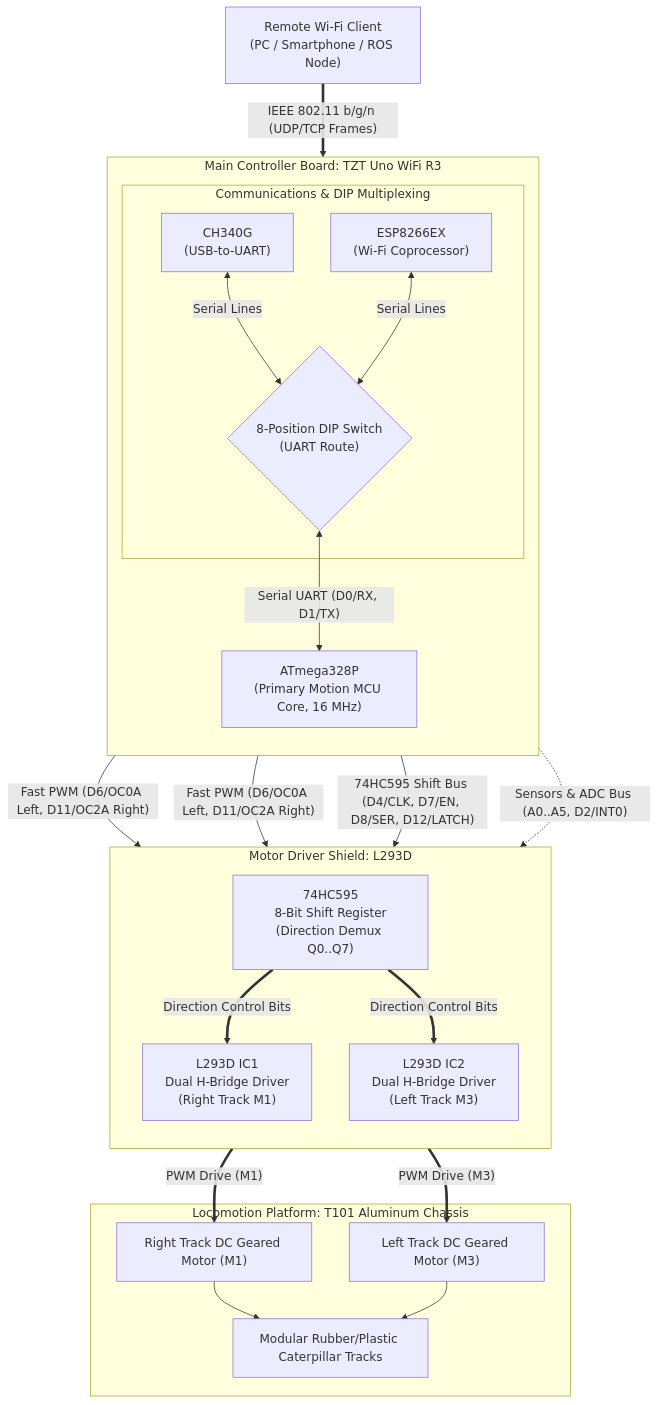
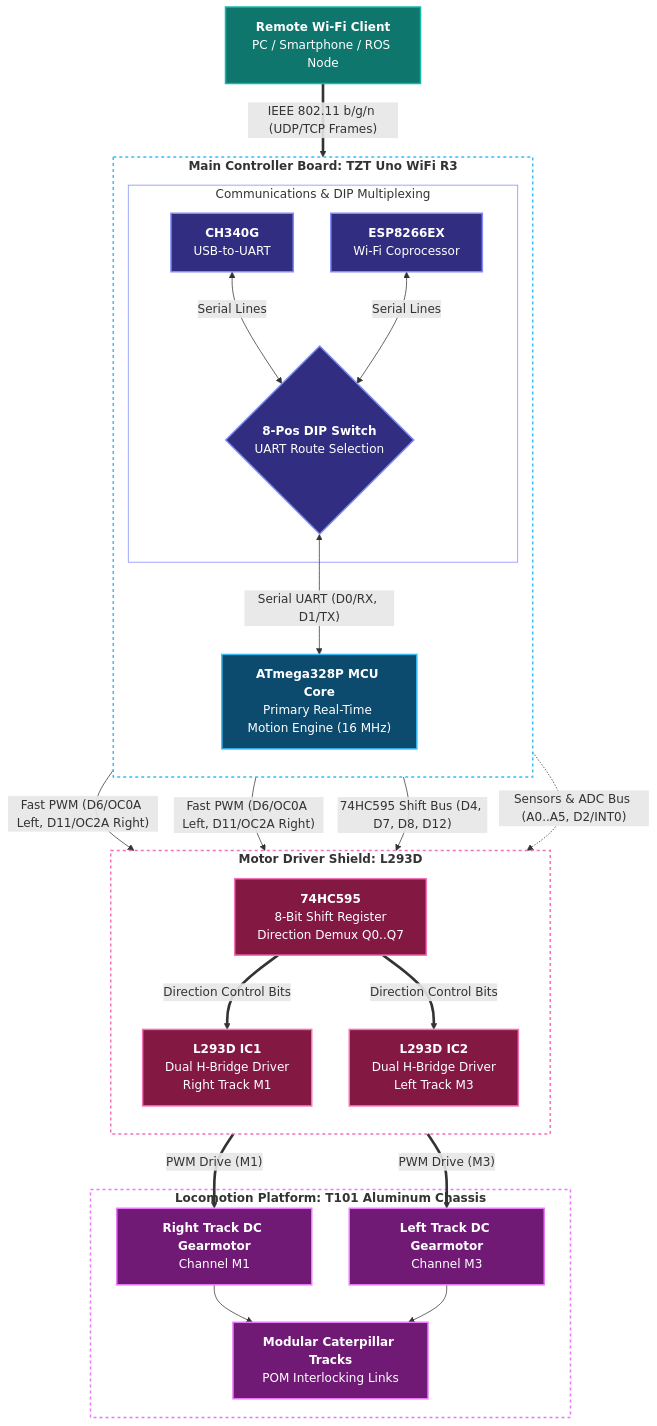
Before and after one commit to dof2bot/trackedbot: the diagram in hw/README.md, drawn with Mermaid. The commit also changed 8 other files, not shown here.

````diff
--- a/hw/README.md
+++ b/hw/README.md
@@ -22,48 +22,65 @@
 ```mermaid
 flowchart TD
-    CLIENT["Remote Wi-Fi Client<br/>(PC / Smartphone / ROS Node)"]
+    CLIENT["<b>Remote Wi-Fi Client</b><br/>PC / Smartphone / ROS Node"]
 
-    subgraph MainBoard ["Main Controller Board: TZT Uno WiFi R3"]
+    subgraph MainBoard ["<b>Main Controller Board: TZT Uno WiFi R3</b>"]
         direction TB
 
         subgraph CommMultiplex ["Communications & DIP Multiplexing"]
-            CH340G["CH340G<br/>(USB-to-UART)"]
-            DIP{"8-Position DIP Switch<br/>(UART Route)"}
-            ESP["ESP8266EX<br/>(Wi-Fi Coprocessor)"]
+            CH340G["<b>CH340G</b><br/>USB-to-UART"]
+            DIP{"<b>8-Pos DIP Switch</b><br/>UART Route Selection"}
+            ESP["<b>ESP8266EX</b><br/>Wi-Fi Coprocessor"]
         end
 
-        ATMEGA["ATmega328P<br/>(Primary Motion MCU Core, 16 MHz)"]
+        ATMEGA["<b>ATmega328P MCU Core</b><br/>Primary Real-Time Motion Engine (16 MHz)"]
 
         CH340G <-->|"Serial Lines"| DIP
         ESP <-->|"Serial Lines"| DIP
         DIP <-->|"Serial UART (D0/RX, D1/TX)"| ATMEGA
     end
 
-    subgraph Shield ["Motor Driver Shield: L293D"]
+    subgraph Shield ["<b>Motor Driver Shield: L293D</b>"]
         direction TB
-        SHIFT["74HC595<br/>8-Bit Shift Register<br/>(Direction Demux Q0..Q7)"]
-        IC1["L293D IC1<br/>Dual H-Bridge Driver<br/>(Right Track M1)"]
-        IC2["L293D IC2<br/>Dual H-Bridge Driver<br/>(Left Track M3)"]
+        SHIFT["<b>74HC595</b><br/>8-Bit Shift Register<br/>Direction Demux Q0..Q7"]
+        IC1["<b>L293D IC1</b><br/>Dual H-Bridge Driver<br/>Right Track M1"]
+        IC2["<b>L293D IC2</b><br/>Dual H-Bridge Driver<br/>Left Track M3"]
 
         SHIFT ==>|"Direction Control Bits"| IC1
         SHIFT ==>|"Direction Control Bits"| IC2
     end
 
-    subgraph Chassis ["Locomotion Platform: T101 Aluminum Chassis"]
-        MOTOR_R["Right Track DC Geared Motor (M1)"]
-        MOTOR_L["Left Track DC Geared Motor (M3)"]
-        TRACKS["Modular Rubber/Plastic Caterpillar Tracks"]
+    subgraph Chassis ["<b>Locomotion Platform: T101 Aluminum Chassis</b>"]
+        MOTOR_R["<b>Right Track DC Gearmotor</b><br/>Channel M1"]
+        MOTOR_L["<b>Left Track DC Gearmotor</b><br/>Channel M3"]
+        TRACKS["<b>Modular Caterpillar Tracks</b><br/>POM Interlocking Links"]
 
         MOTOR_R --> TRACKS
         MOTOR_L --> TRACKS
     end
 
     CLIENT ==>|"IEEE 802.11 b/g/n (UDP/TCP Frames)"| ESP
 
     ATMEGA -->|"Fast PWM (D6/OC0A Left, D11/OC2A Right)"| IC2 & IC1
-    ATMEGA -->|"74HC595 Shift Bus (D4/CLK, D7/EN, D8/SER, D12/LATCH)"| SHIFT
+    ATMEGA -->|"74HC595 Shift Bus (D4, D7, D8, D12)"| SHIFT
     ATMEGA -.->|"Sensors & ADC Bus (A0..A5, D2/INT0)"| Shield
 
     IC1 ==>|"PWM Drive (M1)"| MOTOR_R
     IC2 ==>|"PWM Drive (M3)"| MOTOR_L
+
+    classDef clientStyle fill:#0f766e,stroke:#14b8a6,stroke-width:2px,color:#ffffff;
+    classDef commStyle fill:#312e81,stroke:#818cf8,stroke-width:2px,color:#ffffff;
+    classDef mcuStyle fill:#0c4a6e,stroke:#38bdf8,stroke-width:2px,color:#ffffff;
+    classDef driverStyle fill:#831843,stroke:#f472b6,stroke-width:2px,color:#ffffff;
+    classDef motorStyle fill:#701a75,stroke:#e879f9,stroke-width:2px,color:#ffffff;
+
+    class CLIENT clientStyle;
+    class CH340G,DIP,ESP commStyle;
+    class ATMEGA mcuStyle;
+    class SHIFT,IC1,IC2 driverStyle;
+    class MOTOR_R,MOTOR_L,TRACKS motorStyle;
+
+    style MainBoard fill:none,stroke:#38bdf8,stroke-width:2px,stroke-dasharray: 4 4
+    style CommMultiplex fill:none,stroke:#818cf8,stroke-width:1px
+    style Shield fill:none,stroke:#f472b6,stroke-width:2px,stroke-dasharray: 4 4
+    style Chassis fill:none,stroke:#e879f9,stroke-width:2px,stroke-dasharray: 4 4
 ```
````
